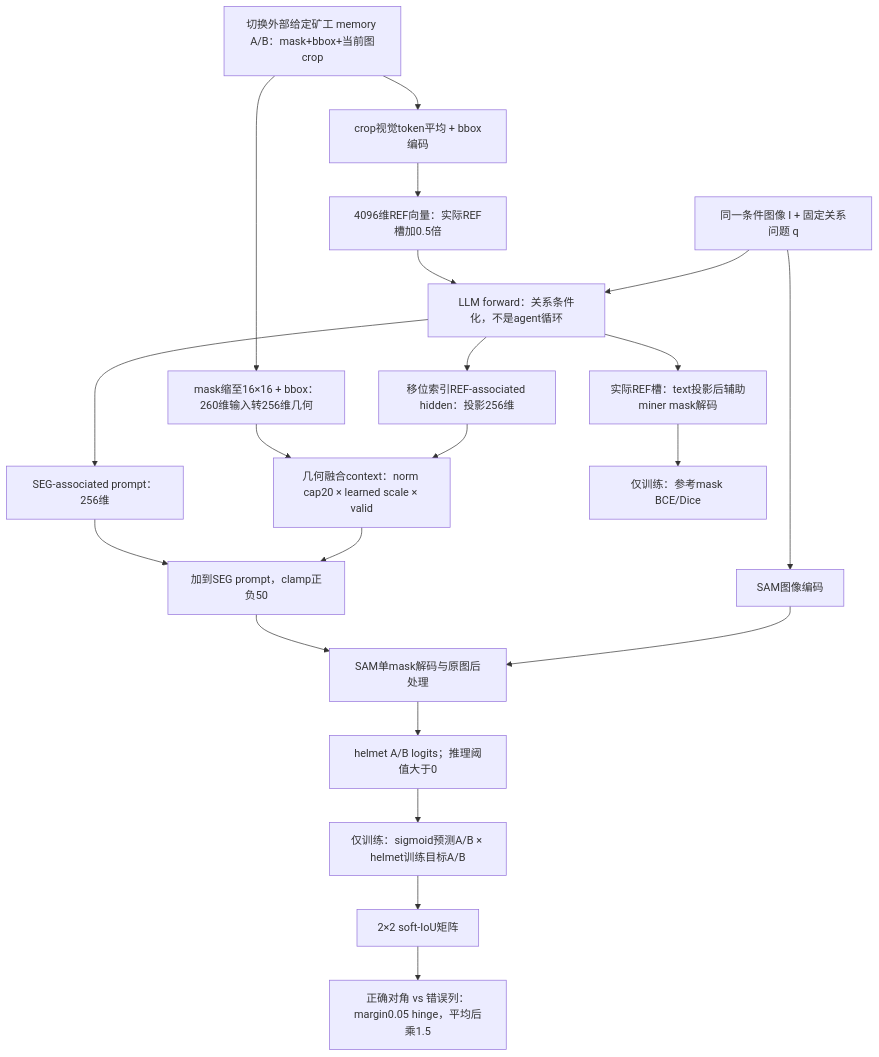
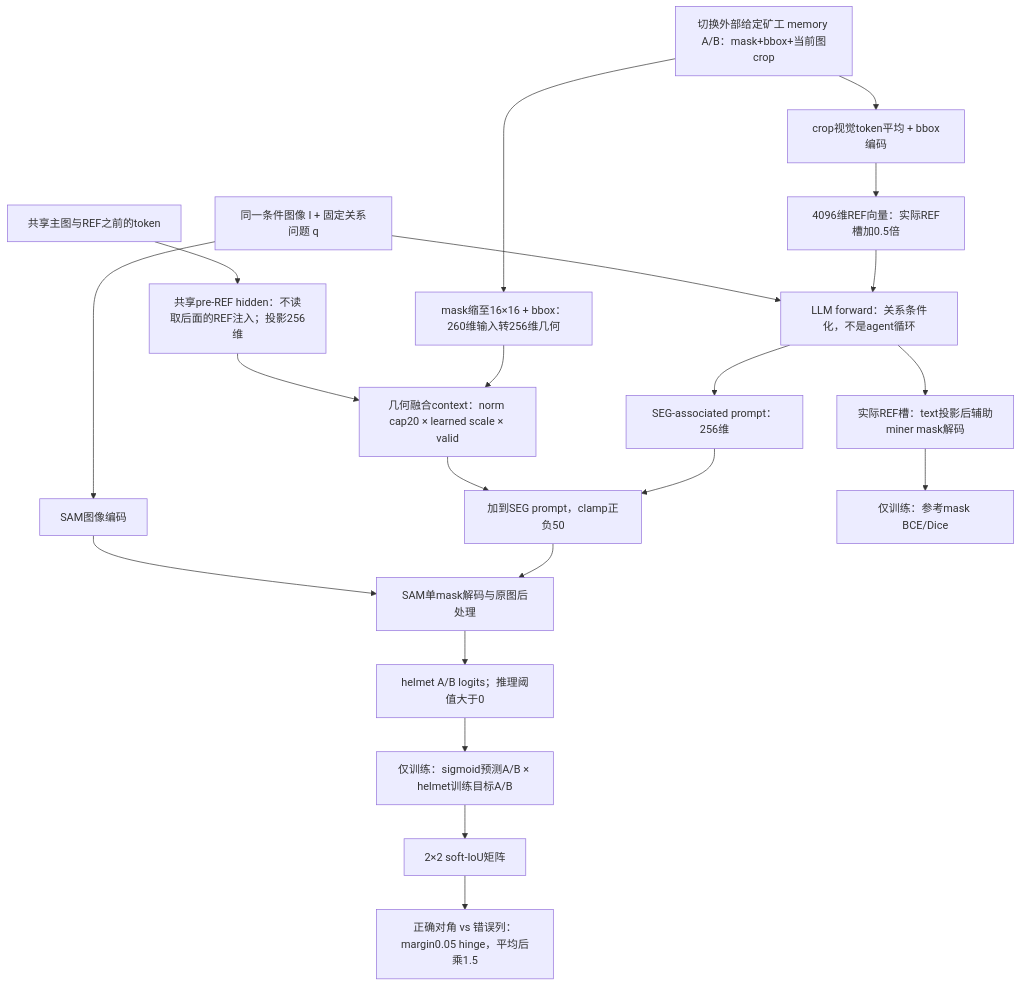
Before and after one commit to word-ky/CMA: the diagram in research_log/cycle031/TEACHING_FLOW.md, drawn with Mermaid. The commit also changed other lines of this file and 12 other files, not shown here.

````diff
--- a/research_log/cycle031/TEACHING_FLOW.md
+++ b/research_log/cycle031/TEACHING_FLOW.md
@@ -3,23 +3,23 @@
 ```mermaid
 flowchart TD
   I[同一条件图像 I + 固定关系问题 q] --> L[LLM forward：关系条件化，不是agent循环]
   M[切换外部给定矿工 memory A/B：mask+bbox+当前图crop] --> V[crop视觉token平均 + bbox编码]
   V --> R[4096维REF向量：实际REF槽加0.5倍]
   R --> L
   M --> G[mask缩至16×16 + bbox：260维输入转256维几何]
-  L --> H[移位索引REF-associated hidden：投影256维]
+  X[共享主图与REF之前的token] --> H[共享pre-REF hidden：不读取后面的REF注入；投影256维]
   L --> S[SEG-associated prompt：256维]
   H --> C[几何融合context：norm cap20 × learned scale × valid]
   G --> C
   C --> P[加到SEG prompt，clamp正负50]
   S --> P
   I --> E[SAM图像编码]
   E --> D[SAM单mask解码与原图后处理]
   P --> D
   D --> O[helmet A/B logits；推理阈值大于0]
   O --> T[仅训练：sigmoid预测A/B × helmet训练目标A/B]
   T --> J[2×2 soft-IoU矩阵]
   J --> K[正确对角 vs 错误列：margin0.05 hinge，平均后乘1.5]
   L --> A[实际REF槽：text投影后辅助miner mask解码]
   A --> B[仅训练：参考mask BCE/Dice]
 ```
````
